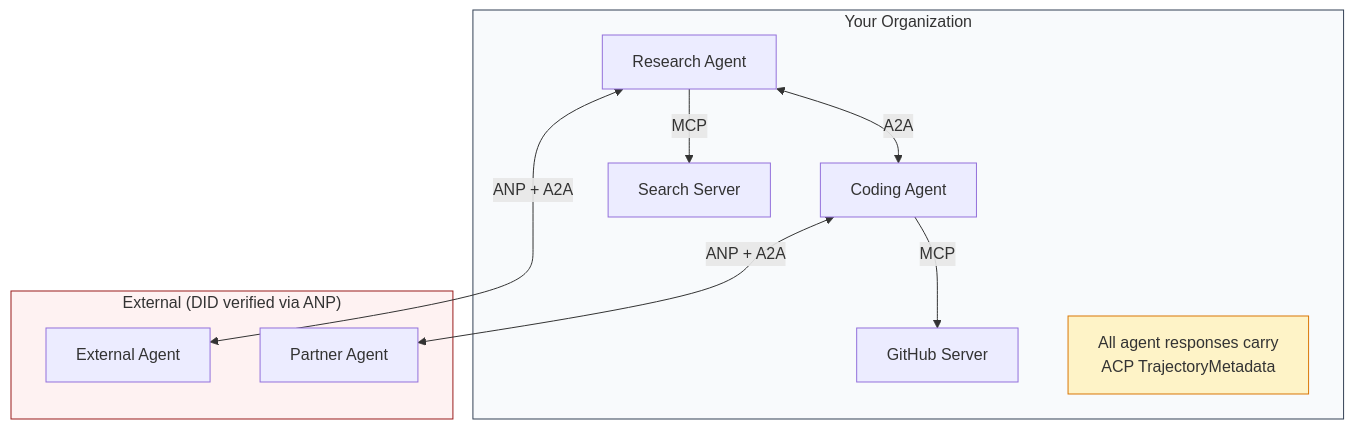
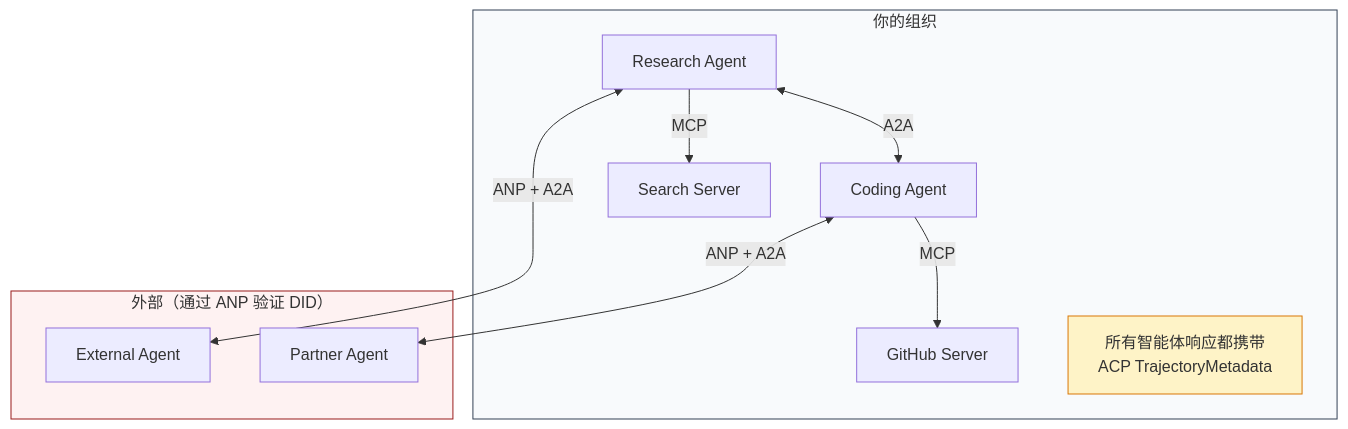
Before and after one commit to husky1102/ai-engineering-from-scratch-zh: diagram 11 of 13 in phases/16-multi-agent-and-swarms/03-communication-protocols/docs/zh-CN.md, drawn with Mermaid. The commit also changed other lines of this file and 1 other file, not shown here.

````diff
--- a/phases/16-multi-agent-and-swarms/03-communication-protocols/docs/zh-CN.md
+++ b/phases/16-multi-agent-and-swarms/03-communication-protocols/docs/zh-CN.md
@@ -575,21 +575,21 @@
 ```mermaid
 graph TB
-    subgraph org["Your Organization"]
+    subgraph org["你的组织"]
         RA[Research Agent] <-->|A2A| CA[Coding Agent]
         RA -->|MCP| SS[Search Server]
         CA -->|MCP| GS[GitHub Server]
-        AUDIT["All agent responses carry<br/>ACP TrajectoryMetadata"]
+        AUDIT["所有智能体响应都携带<br/>ACP TrajectoryMetadata"]
     end
 
-    subgraph ext["External (DID verified via ANP)"]
+    subgraph ext["外部（通过 ANP 验证 DID）"]
         EA[External Agent]
         PA[Partner Agent]
     end
 
     RA <-->|ANP + A2A| EA
     CA <-->|ANP + A2A| PA
 
     style org fill:#f8fafc,stroke:#334155
     style ext fill:#fef2f2,stroke:#991b1b
     style AUDIT fill:#fef3c7,stroke:#d97706
 ```
````
